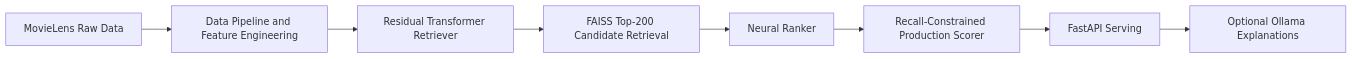
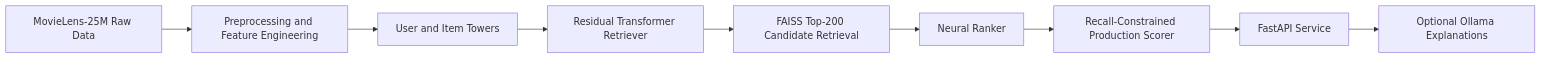
Before and after one commit to sundar139/Two-Tower-Recommendation-System: the diagram in README.md, drawn with Mermaid. The commit also changed other lines of this file and 17 other files, not shown here.

````diff
--- a/README.md
+++ b/README.md
@@ -25,10 +62,11 @@
 ```mermaid
 flowchart LR
-    A[MovieLens Raw Data] --> B[Data Pipeline and Feature Engineering]
-    B --> C[Residual Transformer Retriever]
-    C --> D[FAISS Top-200 Candidate Retrieval]
-    D --> E[Neural Ranker]
-    E --> F[Recall-Constrained Production Scorer]
-    F --> G[FastAPI Serving]
-    G --> H[Optional Ollama Explanations]
+    A[MovieLens-25M Raw Data] --> B[Preprocessing and Feature Engineering]
+    B --> C[User and Item Towers]
+    C --> D[Residual Transformer Retriever]
+    D --> E[FAISS Top-200 Candidate Retrieval]
+    E --> F[Neural Ranker]
+    F --> G[Recall-Constrained Production Scorer]
+    G --> H[FastAPI Service]
+    H --> I[Optional Ollama Explanations]
 ```
````
